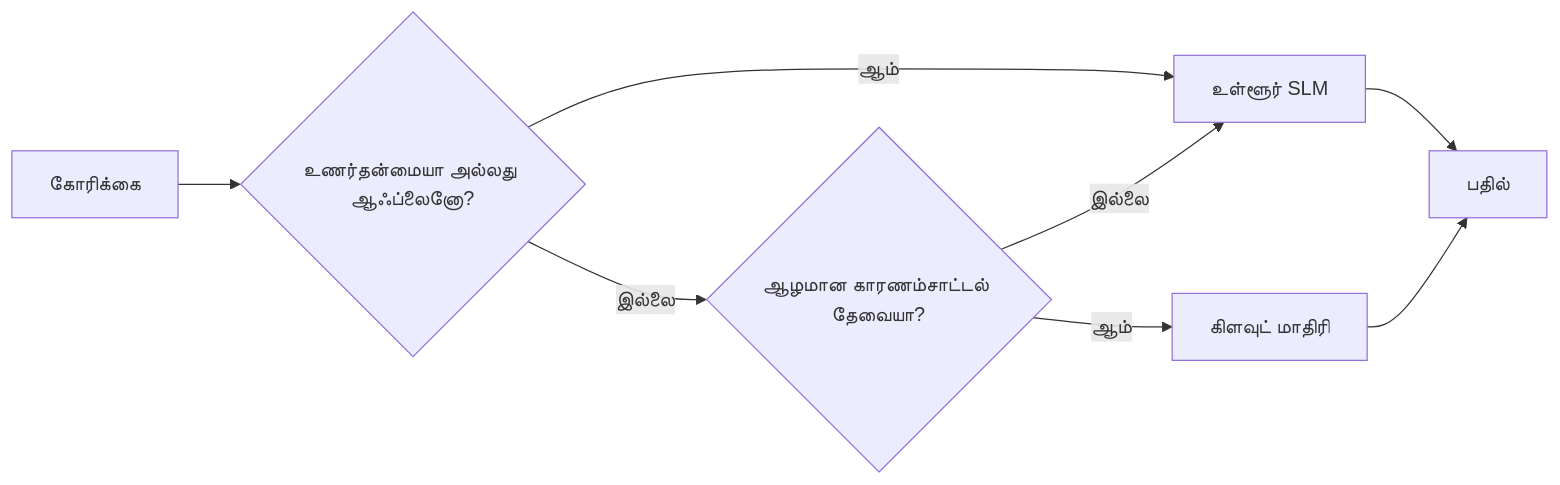
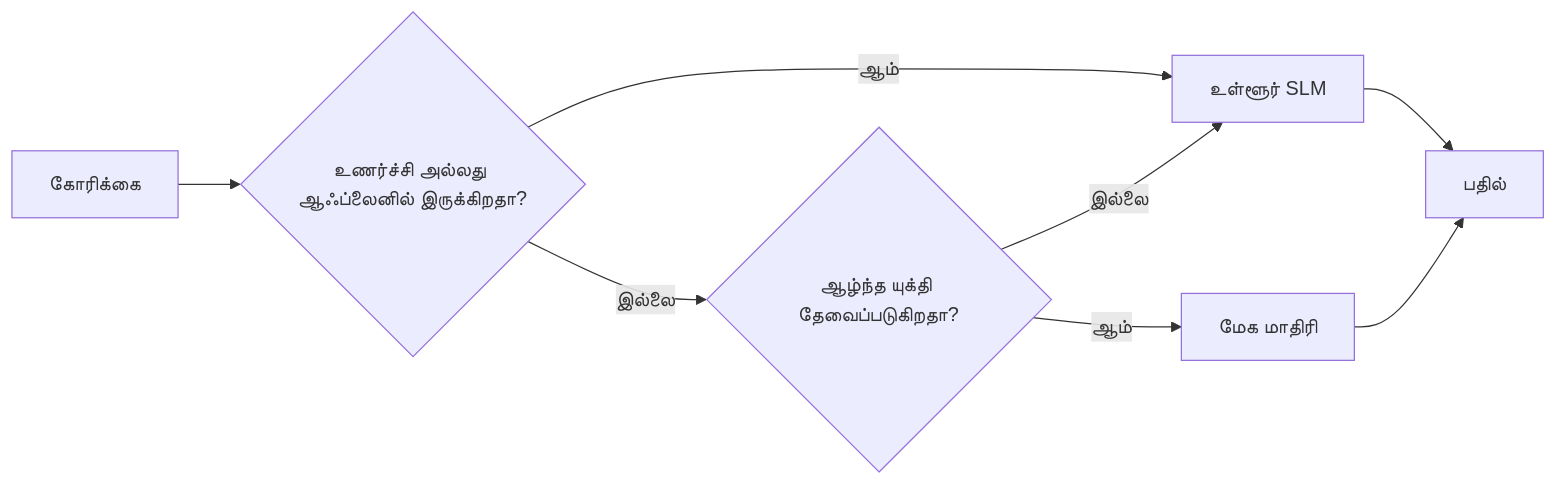
Before and after one commit to microsoft/ai-agents-for-beginners: the fourth of 4 diagrams in translations/ta/17-creating-local-ai-agents/README.md, drawn with Mermaid. The commit also changed other lines of this file and 46 other files, not shown here.

````diff
--- a/translations/ta/17-creating-local-ai-agents/README.md
+++ b/translations/ta/17-creating-local-ai-agents/README.md
@@ -156,10 +156,10 @@
 ```mermaid
 flowchart LR
-    Q[கோரிக்கை] --> S{உணர்தன்மையா அல்லது ஆஃப்லைனோ?}
+    Q[கோரிக்கை] --> S{உணர்ச்சி அல்லது ஆஃப்லைனில் இருக்கிறதா?}
     S -->|ஆம்| L[உள்ளூர் SLM]
-    S -->|இல்லை| C{ஆழமான காரணம்சாட்டல் தேவையா?}
+    S -->|இல்லை| C{ஆழ்ந்த யுக்தி தேவைப்படுகிறதா?}
     C -->|இல்லை| L
-    C -->|ஆம்| Cloud[கிளவுட் மாதிரி]
+    C -->|ஆம்| Cloud[மேக மாதிரி]
     L --> Out[பதில்]
     Cloud --> Out
 ```
````
